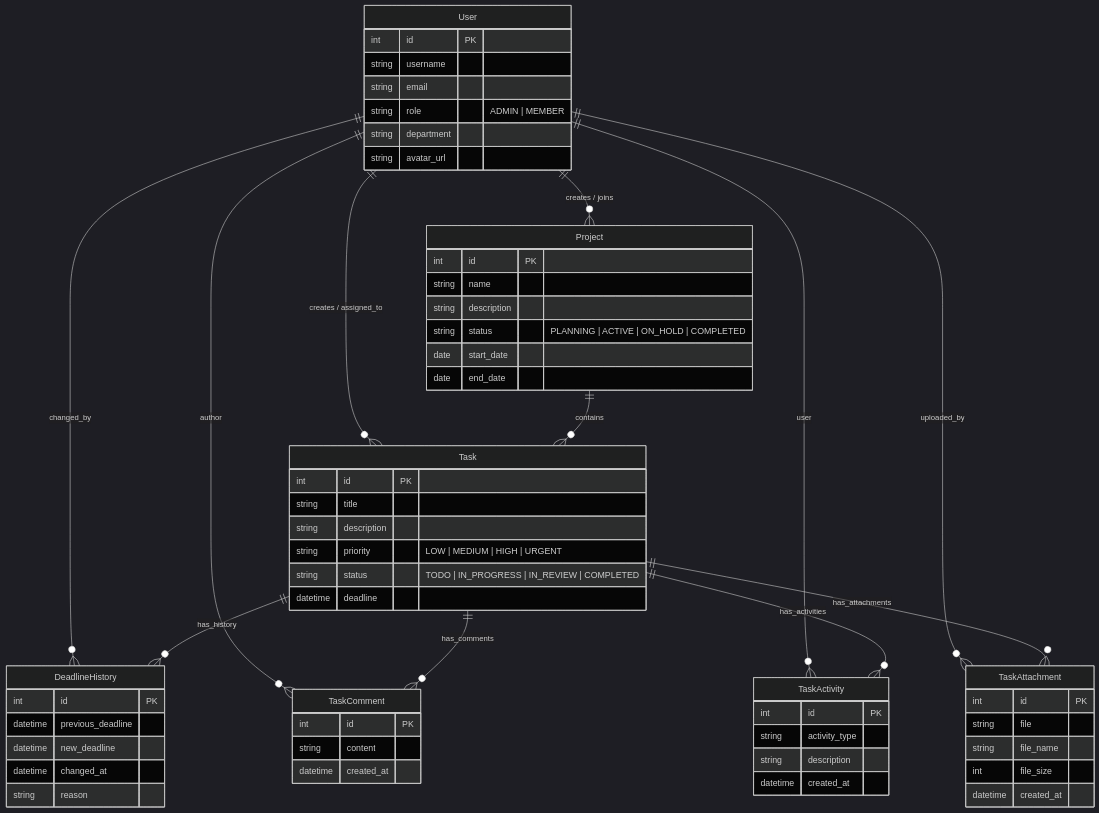
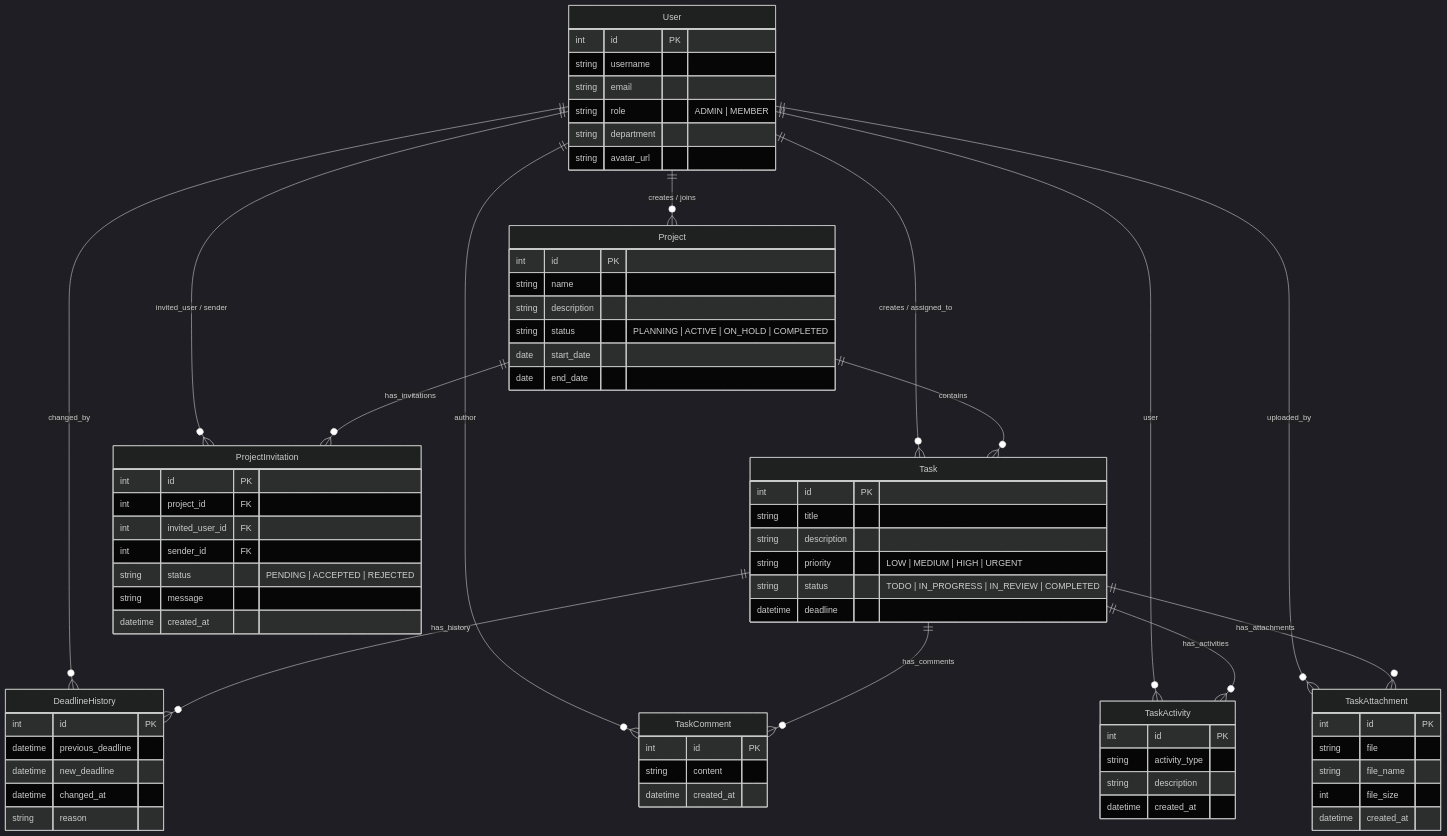
The diagram in README.md (RajkumarPadmanabhan/TeamSync), drawn with Mermaid (dark theme) before and after one commit. The commit also changed 1 other file, not shown here.

Commit message:
docs: update README.md and apiguide.md with ProjectInvitation schema, ER diagram, and complete assignment deliverables verification

```diff
--- a/README.md
+++ b/README.md
@@ -74,8 +74,10 @@
     User ||--o{ TaskComment : "author"
     User ||--o{ TaskActivity : "user"
     User ||--o{ TaskAttachment : "uploaded_by"
+    User ||--o{ ProjectInvitation : "invited_user / sender"
 
     Project ||--o{ Task : "contains"
+    Project ||--o{ ProjectInvitation : "has_invitations"
     
     Task ||--o{ DeadlineHistory : "has_history"
     Task ||--o{ TaskComment : "has_comments"
@@ -98,6 +100,16 @@
         string status "PLANNING | ACTIVE | ON_HOLD | COMPLETED"
         date start_date
         date end_date
+    }
+
+    ProjectInvitation {
+        int id PK
+        int project_id FK
+        int invited_user_id FK
+        int sender_id FK
+        string status "PENDING | ACCEPTED | REJECTED"
+        string message
+        datetime created_at
     }
 
     Task {
```
